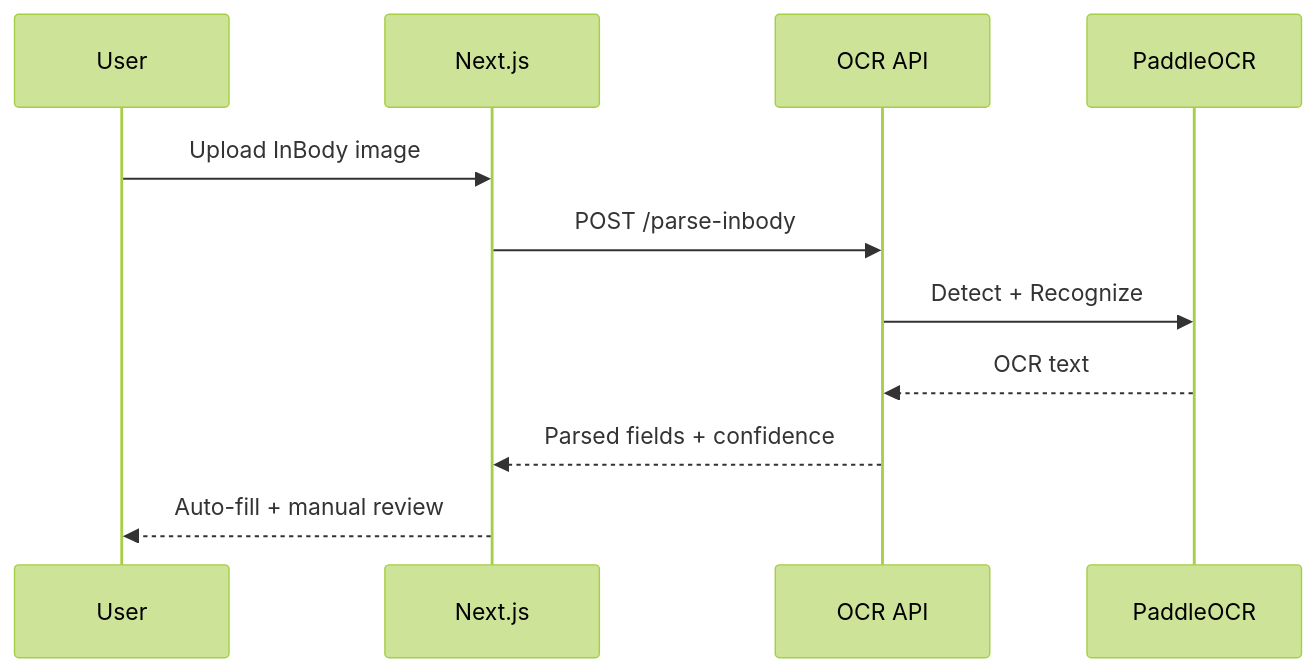
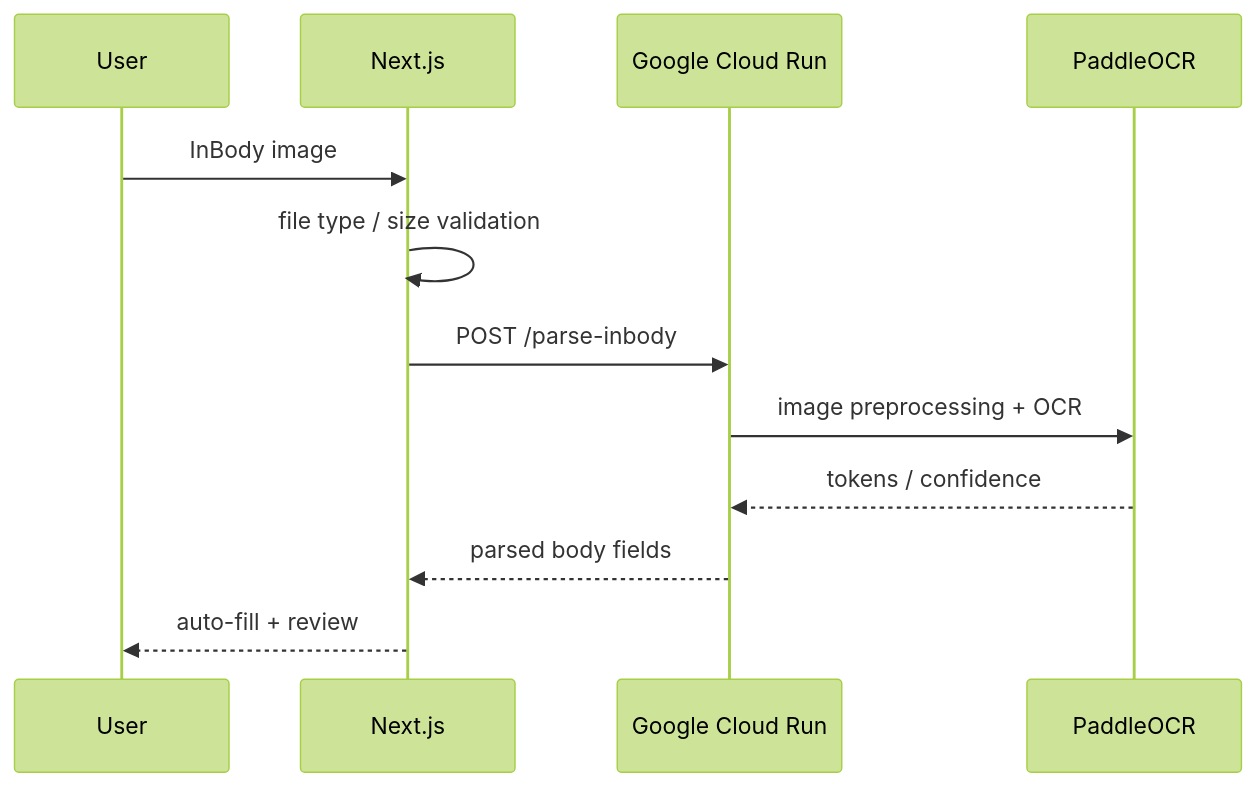
One commit to Bbang03/fitness-app changed the third of 3 diagrams in README.md. Above: the diagram before and after it, drawn with Mermaid (forest theme). The commit also changed other lines of this file, not shown here.

````diff
--- a/README.md
+++ b/README.md
@@ -189,14 +788,15 @@
 ```mermaid
 sequenceDiagram
-    participant U as User
-    participant N as Next.js
-    participant A as OCR API
-    participant P as PaddleOCR
+    participant User
+    participant Next as Next.js
+    participant Cloud as Google Cloud Run
+    participant OCR as PaddleOCR
 
-    U->>N: Upload InBody image
-    N->>A: POST /parse-inbody
-    A->>P: Detect + Recognize
-    P-->>A: OCR text
-    A-->>N: Parsed fields + confidence
-    N-->>U: Auto-fill + manual review
+    User->>Next: InBody image
+    Next->>Next: file type / size validation
+    Next->>Cloud: POST /parse-inbody
+    Cloud->>OCR: image preprocessing + OCR
+    OCR-->>Cloud: tokens / confidence
+    Cloud-->>Next: parsed body fields
+    Next-->>User: auto-fill + review
 ```
````
